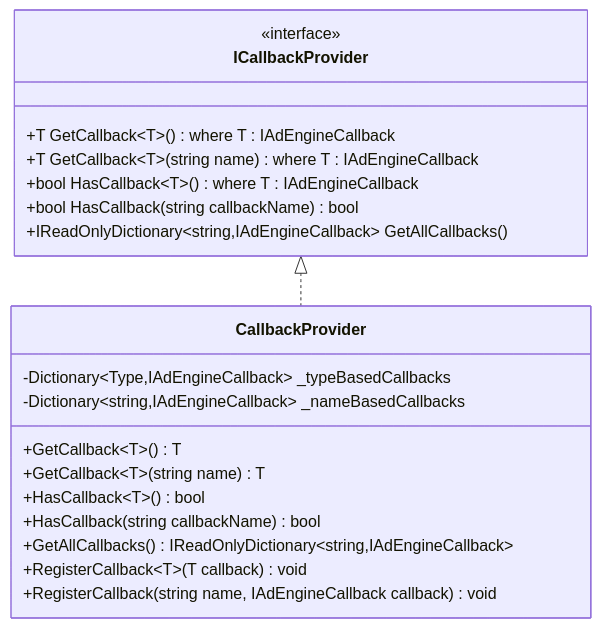
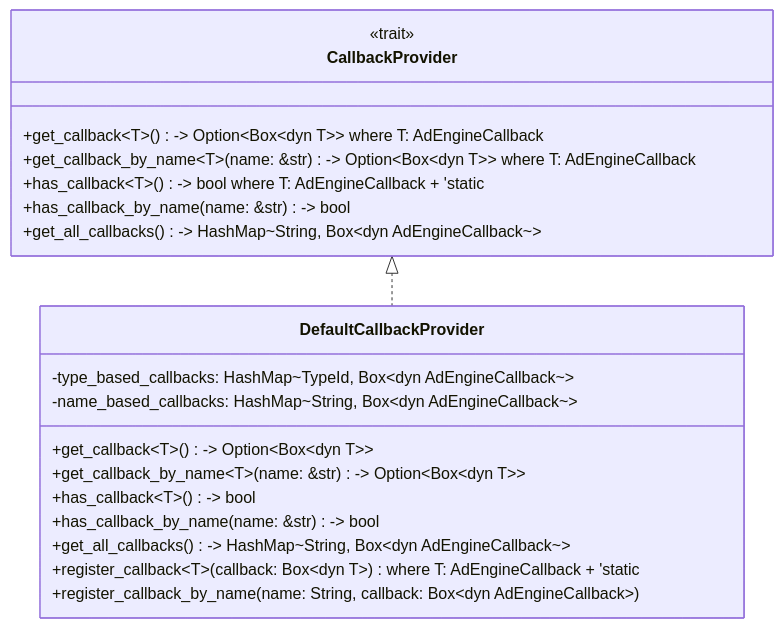
Before and after one commit to lornshrimp/Lorn.ADSP.Rust: the seventh of 12 diagrams in docs_TecDesign/广告投放引擎/广告引擎抽象层设计.md, drawn with Mermaid. The commit also changed other lines of this file and 3 other files, not shown here.

````diff
--- a/docs_TecDesign/广告投放引擎/广告引擎抽象层设计.md
+++ b/docs_TecDesign/广告投放引擎/广告引擎抽象层设计.md
@@ -608,26 +619,26 @@
 ```mermaid
 classDiagram
-    class ICallbackProvider {
-        <<interface>>
-        +T GetCallback~T~() where T : IAdEngineCallback
-        +T GetCallback~T~(string name) where T : IAdEngineCallback  
-        +bool HasCallback~T~() where T : IAdEngineCallback
-        +bool HasCallback(string callbackName) bool
-        +IReadOnlyDictionary~string,IAdEngineCallback~ GetAllCallbacks()
+    class CallbackProvider {
+        <<trait>>
+        +get_callback~T~() -> Option~Box~dyn T~~ where T: AdEngineCallback
+        +get_callback_by_name~T~(name: &str) -> Option~Box~dyn T~~ where T: AdEngineCallback  
+        +has_callback~T~() -> bool where T: AdEngineCallback + 'static
+        +has_callback_by_name(name: &str) -> bool
+        +get_all_callbacks() -> HashMap~String, Box~dyn AdEngineCallback~~
     }
     
-    class CallbackProvider {
-        -Dictionary~Type,IAdEngineCallback~ _typeBasedCallbacks
-        -Dictionary~string,IAdEngineCallback~ _nameBasedCallbacks
-        +GetCallback~T~() T
-        +GetCallback~T~(string name) T
-        +HasCallback~T~() bool
-        +HasCallback(string callbackName) bool
-        +GetAllCallbacks() IReadOnlyDictionary~string,IAdEngineCallback~
-        +RegisterCallback~T~(T callback) void
-        +RegisterCallback(string name, IAdEngineCallback callback) void
+    class DefaultCallbackProvider {
+        -type_based_callbacks: HashMap~TypeId, Box~dyn AdEngineCallback~~
+        -name_based_callbacks: HashMap~String, Box~dyn AdEngineCallback~~
+        +get_callback~T~() -> Option~Box~dyn T~~
+        +get_callback_by_name~T~(name: &str) -> Option~Box~dyn T~~
+        +has_callback~T~() -> bool
+        +has_callback_by_name(name: &str) -> bool
+        +get_all_callbacks() -> HashMap~String, Box~dyn AdEngineCallback~~
+        +register_callback~T~(callback: Box~dyn T~) where T: AdEngineCallback + 'static
+        +register_callback_by_name(name: String, callback: Box~dyn AdEngineCallback~)
     }
     
-    ICallbackProvider <|.. CallbackProvider
+    CallbackProvider <|.. DefaultCallbackProvider
 
 ```
````
